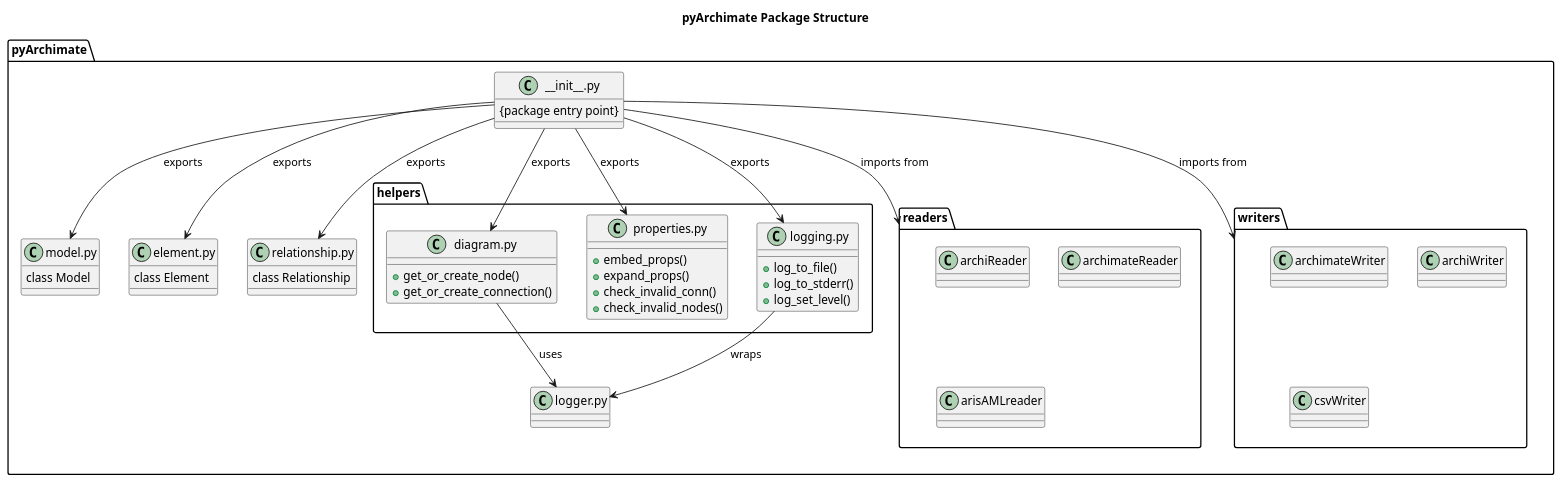
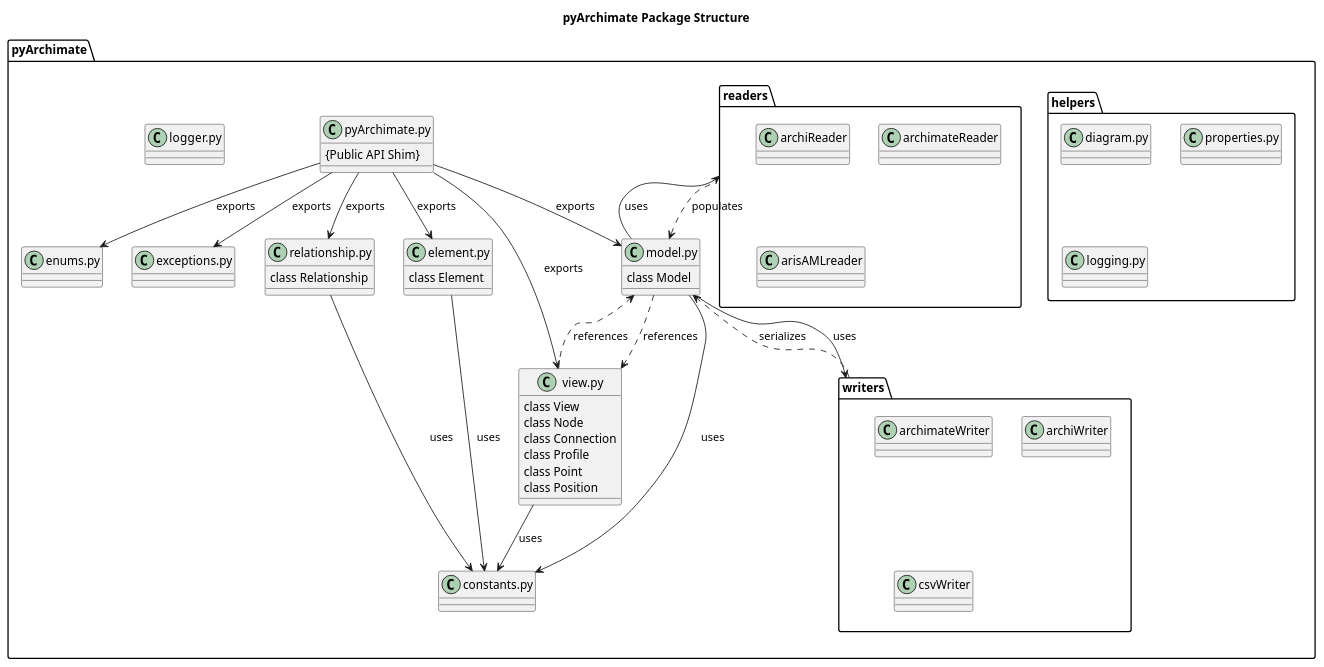
Before and after one commit to pyArchimate/pyArchimate: the diagram in docs/diagrams/package.puml, drawn with PlantUML. The commit also changed 38 other files, not shown here.

First line of the commit message:
chore: add behave stubs, fix pre-push script, and update docs/diagrams

```diff
--- a/docs/diagrams/package.puml
+++ b/docs/diagrams/package.puml
@@ -1,66 +1,74 @@
 @startuml
 title pyArchimate Package Structure
 
 package "pyArchimate" {
-  class "__init__.py" as Init {
-    {package entry point}
+  class "pyArchimate.py" as Facade {
+    {Public API Shim}
   }
 
-  class "model.py" as Model {
+  class "model.py" as ModelMod {
     class Model
   }
 
-  class "element.py" as Element {
+  class "view.py" as ViewMod {
+    class View
+    class Node
+    class Connection
+    class Profile
+    class Point
+    class Position
+  }
+
+  class "element.py" as ElementMod {
     class Element
   }
 
-  class "relationship.py" as Relationship {
+  class "relationship.py" as RelationshipMod {
     class Relationship
   }
 
+  class "constants.py" as Constants
+  class "enums.py" as Enums
+  class "exceptions.py" as Exceptions
+  class "logger.py" as Logger
+
   package "helpers" {
-    class "diagram.py" as DiagramHelper {
-      + get_or_create_node()
-      + get_or_create_connection()
-    }
-    class "properties.py" as PropertiesHelper {
-      + embed_props()
-      + expand_props()
-      + check_invalid_conn()
-      + check_invalid_nodes()
-    }
-    class "logging.py" as LoggingHelper {
-      + log_to_file()
-      + log_to_stderr()
-      + log_set_level()
-    }
+    class "diagram.py" as DiagramHelper
+    class "properties.py" as PropertiesHelper
+    class "logging.py" as LoggingHelper
   }
 
   package "readers" {
     class archiReader
     class archimateReader
     class arisAMLreader
   }
 
   package "writers" {
     class archimateWriter
     class archiWriter
     class csvWriter
   }
-
-  class "logger.py" as Logger
 }
 
-Init --> Model : exports
-Init --> Element : exports
-Init --> Relationship : exports
-Init --> DiagramHelper : exports
-Init --> PropertiesHelper : exports
-Init --> LoggingHelper : exports
-Init --> readers : imports from
-Init --> writers : imports from
+Facade --> ModelMod : exports
+Facade --> ViewMod : exports
+Facade --> ElementMod : exports
+Facade --> RelationshipMod : exports
+Facade --> Enums : exports
+Facade --> Exceptions : exports
 
-DiagramHelper --> Logger : uses
-LoggingHelper --> Logger : wraps
+ModelMod ..> ViewMod : references
+ViewMod ..> ModelMod : references
+ModelMod --> readers : uses
+ModelMod --> writers : uses
+
+readers ..> ModelMod : populates
+writers ..> ModelMod : serializes
+
+ModelMod --> Constants : uses
+ViewMod --> Constants : uses
+ElementMod --> Constants : uses
+RelationshipMod --> Constants : uses
 
 @enduml
```
